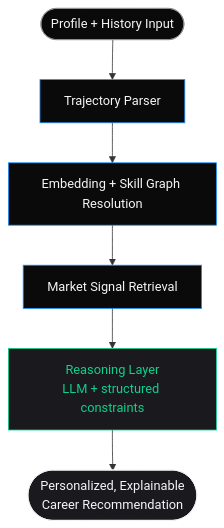
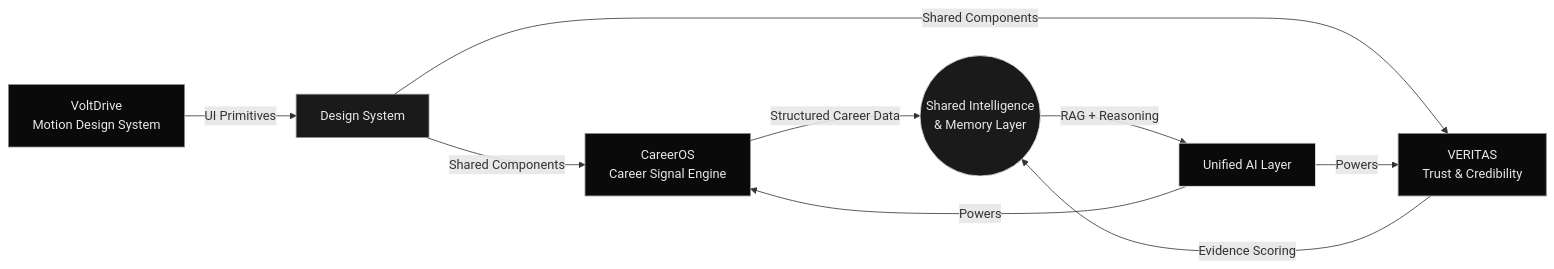
The first of 2 diagrams in README.md (thenameisbhagavan/Bhagavan), drawn with Mermaid before and after one commit. The commit also changed other lines of this file, not shown here.

````diff
--- a/README.md
+++ b/README.md
@@ -287,15 +113,18 @@
 ```mermaid
-flowchart TD
-    IN(["Profile + History Input"]) --> PARSE[Trajectory Parser]
-    PARSE --> EMB[Embedding + Skill Graph Resolution]
-    EMB --> RET[Market Signal Retrieval]
-    RET --> REASON[Reasoning Layer\nLLM + structured constraints]
-    REASON --> OUT(["Personalized, Explainable\nCareer Recommendation"])
+graph LR
+    A[CareerOS<br/>Career Signal Engine] -->|Structured Career Data| M((Shared Intelligence<br/>& Memory Layer))
+    C[VERITAS<br/>Trust & Credibility] -->|Evidence Scoring| M
+    D[VoltDrive<br/>Motion Design System] -->|UI Primitives| S[Design System]
+    M -->|RAG + Reasoning| F[Unified AI Layer]
+    S -->|Shared Components| A
+    S -->|Shared Components| C
+    F -->|Powers| A
+    F -->|Powers| C
 
-    style IN fill:#0A0A0A,stroke:#8E8E93,color:#F5F5F7
-    style PARSE fill:#0A0A0A,stroke:#1E90FF,color:#F5F5F7
-    style EMB fill:#0A0A0A,stroke:#1E90FF,color:#F5F5F7
-    style RET fill:#0A0A0A,stroke:#1E90FF,color:#F5F5F7
-    style REASON fill:#1A1A1E,stroke:#0FD08C,color:#0FD08C
-    style OUT fill:#1A1A1E,stroke:#F5F5F7,color:#F5F5F7
+    style A fill:#0A0A0A,stroke:#8A8A8A,color:#E8E8E8
+    style C fill:#0A0A0A,stroke:#8A8A8A,color:#E8E8E8
+    style D fill:#0A0A0A,stroke:#8A8A8A,color:#E8E8E8
+    style M fill:#1A1A1A,stroke:#E8E8E8,color:#E8E8E8
+    style S fill:#1A1A1A,stroke:#8A8A8A,color:#E8E8E8
+    style F fill:#0A0A0A,stroke:#E8E8E8,color:#E8E8E8
 ```
````
